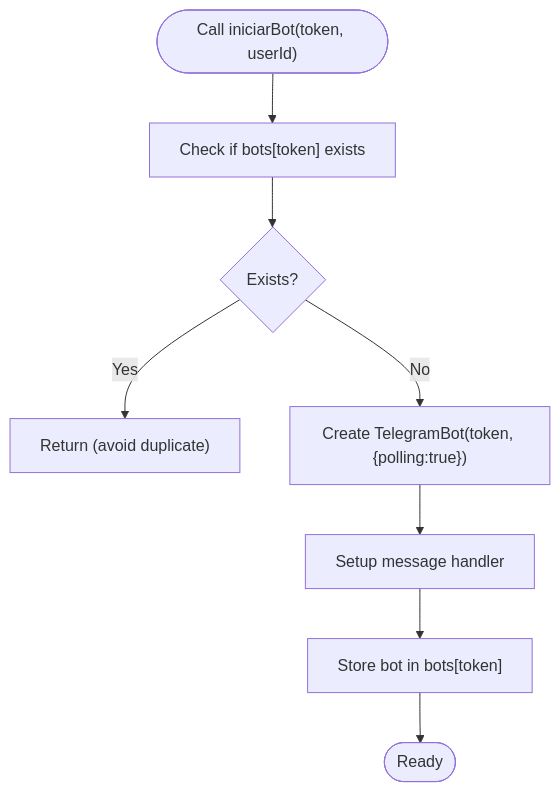
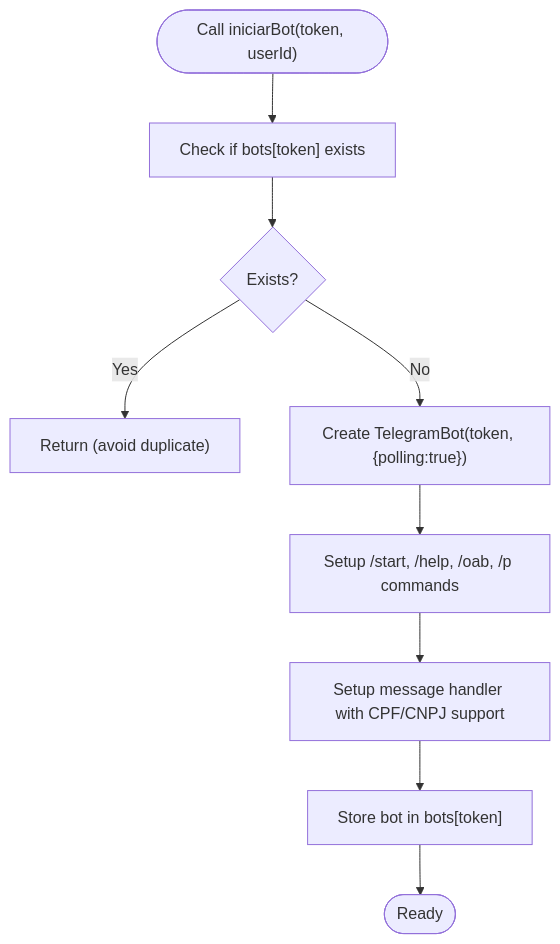
One commit to Alexandrexicara/bot-processos changed the third of 11 diagrams in .qoder/repowiki/en/content/Telegram Bot Integration/Bot Management System.md. Above: the diagram before and after it, drawn with Mermaid. The commit also changed other lines of this file and 3 other files, not shown here.

````diff
--- a/.qoder/repowiki/en/content/Telegram Bot Integration/Bot Management System.md
+++ b/.qoder/repowiki/en/content/Telegram Bot Integration/Bot Management System.md
@@ -160,10 +180,11 @@
 ```mermaid
 flowchart TD
 Start(["Call iniciarBot(token, userId)"]) --> CheckCache["Check if bots[token] exists"]
 CheckCache --> Exists{"Exists?"}
 Exists --> |Yes| Return["Return (avoid duplicate)"]
 Exists --> |No| CreateBot["Create TelegramBot(token, {polling:true})"]
-CreateBot --> SetupHandlers["Setup message handler"]
+CreateBot --> SetupCommands["Setup /start, /help, /oab, /p commands"]
+SetupCommands --> SetupHandlers["Setup message handler with CPF/CNPJ support"]
 SetupHandlers --> StoreCache["Store bot in bots[token]"]
 StoreCache --> End(["Ready"])
 ```
````
